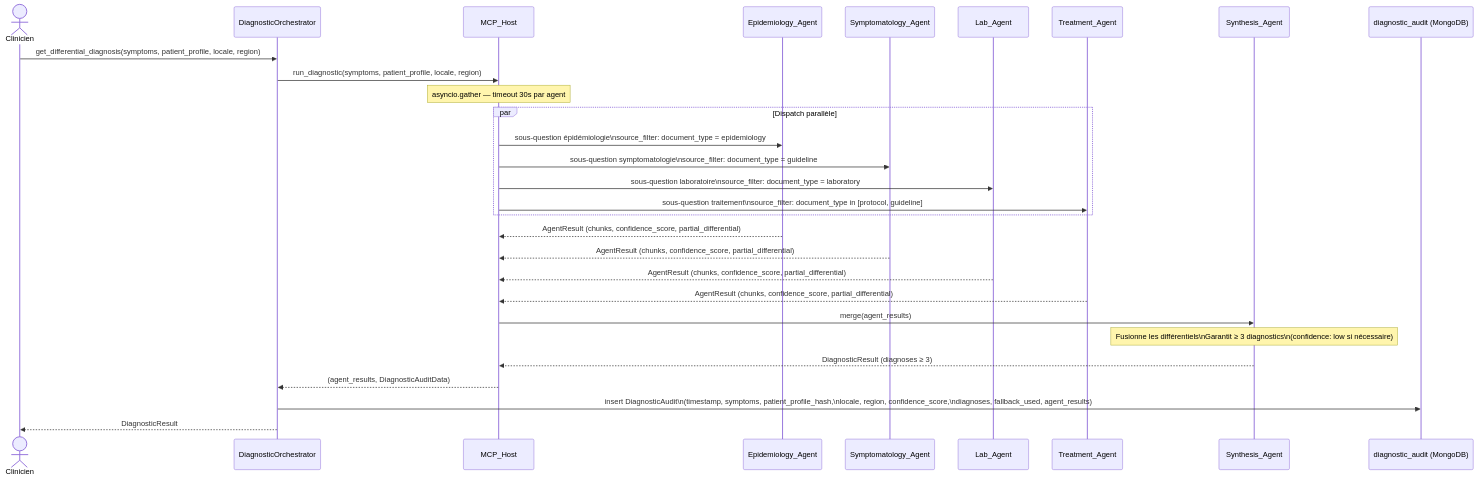
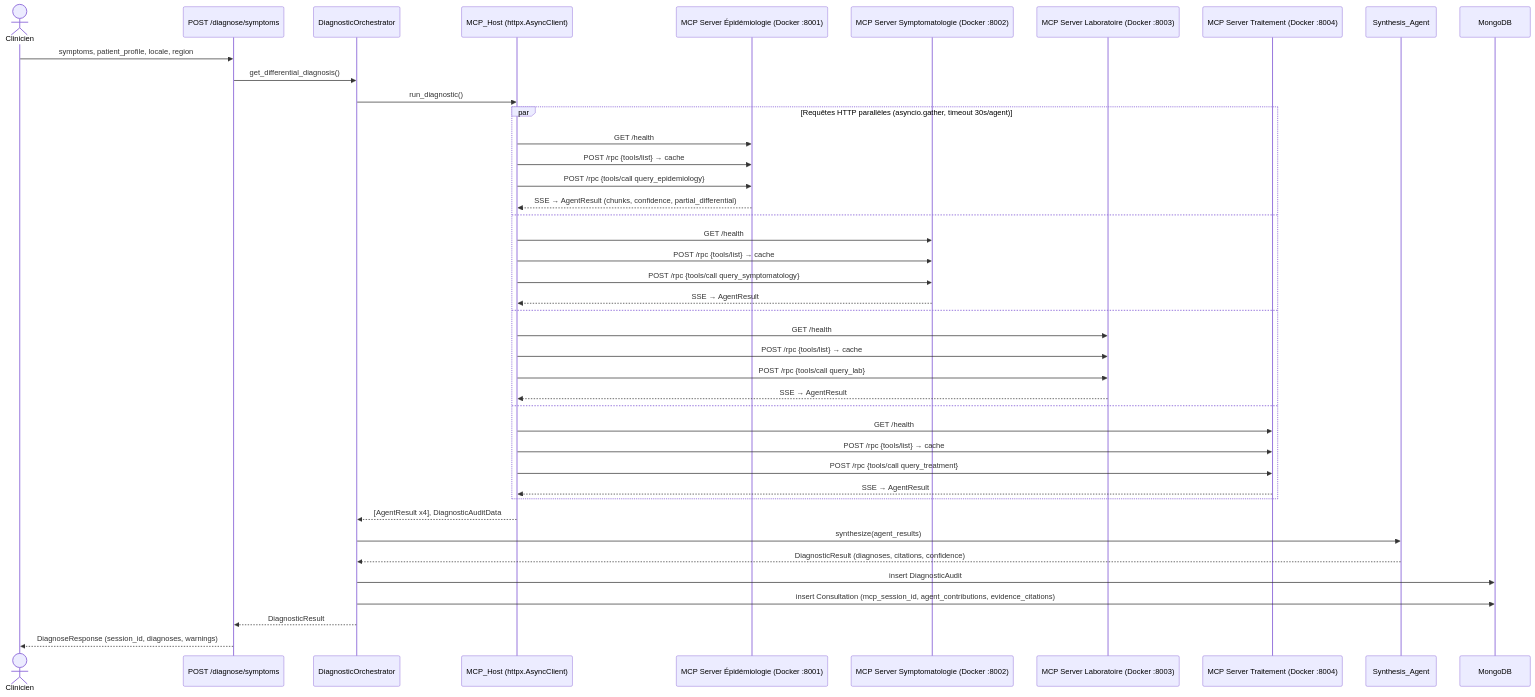
Before and after one commit to adanlessossi-kanli/diagno-pilot: the fourth of 5 diagrams in docs/architecture.md, drawn with Mermaid. The commit also changed other lines of this file and 212 other files, not shown here.

Commit message:
Diagnostic Guidé Multi-Agent

````diff
--- a/docs/architecture.md
+++ b/docs/architecture.md
@@ -93,39 +141,47 @@
 ```mermaid
 sequenceDiagram
     actor Clinicien
-    participant Orch as DiagnosticOrchestrator
-    participant MCP as MCP_Host
-    participant Epi as Epidemiology_Agent
-    participant Symp as Symptomatology_Agent
-    participant Lab as Lab_Agent
-    participant Treat as Treatment_Agent
-    participant Synth as Synthesis_Agent
-    participant Audit as diagnostic_audit (MongoDB)
+    participant API as POST /diagnose/symptoms
+    participant DO as DiagnosticOrchestrator
+    participant MH as MCP_Host (httpx.AsyncClient)
+    participant E as MCP Server Épidémiologie (Docker :8001)
+    participant S as MCP Server Symptomatologie (Docker :8002)
+    participant L as MCP Server Laboratoire (Docker :8003)
+    participant T as MCP Server Traitement (Docker :8004)
+    participant SA as Synthesis_Agent
+    participant DB as MongoDB
 
-    Clinicien->>Orch: get_differential_diagnosis(symptoms, patient_profile, locale, region)
-    Orch->>MCP: run_diagnostic(symptoms, patient_profile, locale, region)
+    Clinicien->>API: symptoms, patient_profile, locale, region
+    API->>DO: get_differential_diagnosis()
+    DO->>MH: run_diagnostic()
 
-    note over MCP: asyncio.gather — timeout 30s par agent
-
-    par Dispatch parallèle
-        MCP->>Epi: sous-question épidémiologie\nsource_filter: document_type = epidemiology
-        MCP->>Symp: sous-question symptomatologie\nsource_filter: document_type = guideline
-        MCP->>Lab: sous-question laboratoire\nsource_filter: document_type = laboratory
-        MCP->>Treat: sous-question traitement\nsource_filter: document_type in [protocol, guideline]
+    par Requêtes HTTP parallèles (asyncio.gather, timeout 30s/agent)
+        MH->>E: GET /health
+        MH->>E: POST /rpc {tools/list} → cache
+        MH->>E: POST /rpc {tools/call query_epidemiology}
+        E-->>MH: SSE → AgentResult (chunks, confidence, partial_differential)
+    and
+        MH->>S: GET /health
+        MH->>S: POST /rpc {tools/list} → cache
+        MH->>S: POST /rpc {tools/call query_symptomatology}
+        S-->>MH: SSE → AgentResult
+    and
+        MH->>L: GET /health
+        MH->>L: POST /rpc {tools/list} → cache
+        MH->>L: POST /rpc {tools/call query_lab}
+        L-->>MH: SSE → AgentResult
+    and
+        MH->>T: GET /health
+        MH->>T: POST /rpc {tools/list} → cache
+        MH->>T: POST /rpc {tools/call query_treatment}
+        T-->>MH: SSE → AgentResult
     end
 
-    Epi-->>MCP: AgentResult (chunks, confidence_score, partial_differential)
-    Symp-->>MCP: AgentResult (chunks, confidence_score, partial_differential)
-    Lab-->>MCP: AgentResult (chunks, confidence_score, partial_differential)
-    Treat-->>MCP: AgentResult (chunks, confidence_score, partial_differential)
-
-    MCP->>Synth: merge(agent_results)
-    note over Synth: Fusionne les différentiels\nGarantit ≥ 3 diagnostics\n(confidence: low si nécessaire)
-    Synth-->>MCP: DiagnosticResult (diagnoses ≥ 3)
-
-    MCP-->>Orch: (agent_results, DiagnosticAuditData)
-
-    Orch->>Audit: insert DiagnosticAudit\n(timestamp, symptoms, patient_profile_hash,\nlocale, region, confidence_score,\ndiagnoses, fallback_used, agent_results)
-
-    Orch-->>Clinicien: DiagnosticResult
+    MH-->>DO: [AgentResult x4], DiagnosticAuditData
+    DO->>SA: synthesize(agent_results)
+    SA-->>DO: DiagnosticResult (diagnoses, citations, confidence)
+    DO->>DB: insert DiagnosticAudit
+    DO->>DB: insert Consultation (mcp_session_id, agent_contributions, evidence_citations)
+    DO-->>API: DiagnosticResult
+    API-->>Clinicien: DiagnoseResponse (session_id, diagnoses, warnings)
 ```
````
